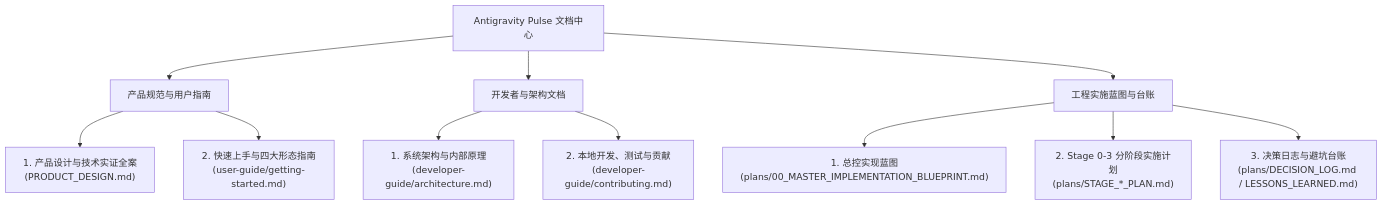
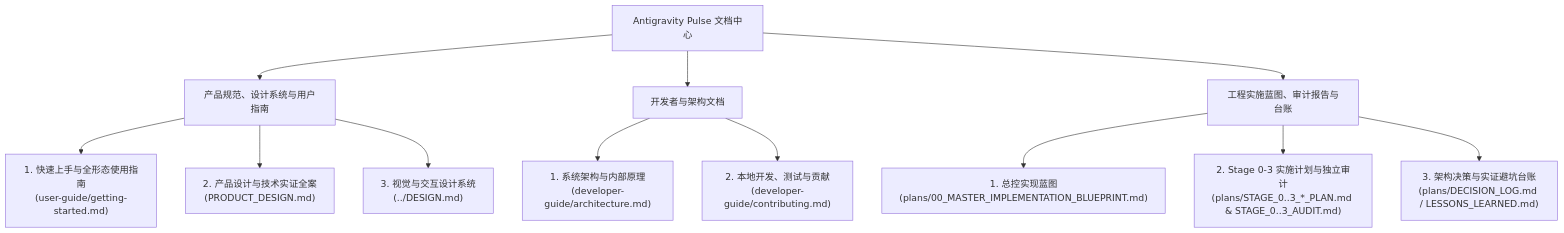
One commit to springtian1982/antigravity-pulse changed the diagram in docs/README.md. Above: the diagram before and after it, drawn with Mermaid. The commit also changed other lines of this file and 11 other files, not shown here.

````diff
--- a/docs/README.md
+++ b/docs/README.md
@@ -5,17 +5,18 @@
 ```mermaid
 flowchart TD
   Hub["Antigravity Pulse 文档中心"]
-  Hub --> Product["产品规范与用户指南"]
+  Hub --> Product["产品规范、设计系统与用户指南"]
   Hub --> Devs["开发者与架构文档"]
-  Hub --> Plans["工程实施蓝图与台账"]
+  Hub --> Plans["工程实施蓝图、审计报告与台账"]
 
-  Product --> P1["1. 产品设计与技术实证全案<br/>(PRODUCT_DESIGN.md)"]
-  Product --> U1["2. 快速上手与四大形态指南<br/>(user-guide/getting-started.md)"]
+  Product --> U1["1. 快速上手与全形态使用指南<br/>(user-guide/getting-started.md)"]
+  Product --> P1["2. 产品设计与技术实证全案<br/>(PRODUCT_DESIGN.md)"]
+  Product --> DS1["3. 视觉与交互设计系统<br/>(../DESIGN.md)"]
 
   Devs --> D1["1. 系统架构与内部原理<br/>(developer-guide/architecture.md)"]
   Devs --> D2["2. 本地开发、测试与贡献<br/>(developer-guide/contributing.md)"]
 
   Plans --> PL1["1. 总控实现蓝图<br/>(plans/00_MASTER_IMPLEMENTATION_BLUEPRINT.md)"]
-  Plans --> PL2["2. Stage 0-3 分阶段实施计划<br/>(plans/STAGE_*_PLAN.md)"]
-  Plans --> PL3["3. 决策日志与避坑台账<br/>(plans/DECISION_LOG.md / LESSONS_LEARNED.md)"]
+  Plans --> PL2["2. Stage 0-3 实施计划与独立审计<br/>(plans/STAGE_0..3_*_PLAN.md &amp; STAGE_0..3_AUDIT.md)"]
+  Plans --> PL3["3. 架构决策与实证避坑台账<br/>(plans/DECISION_LOG.md / LESSONS_LEARNED.md)"]
 ```
````
